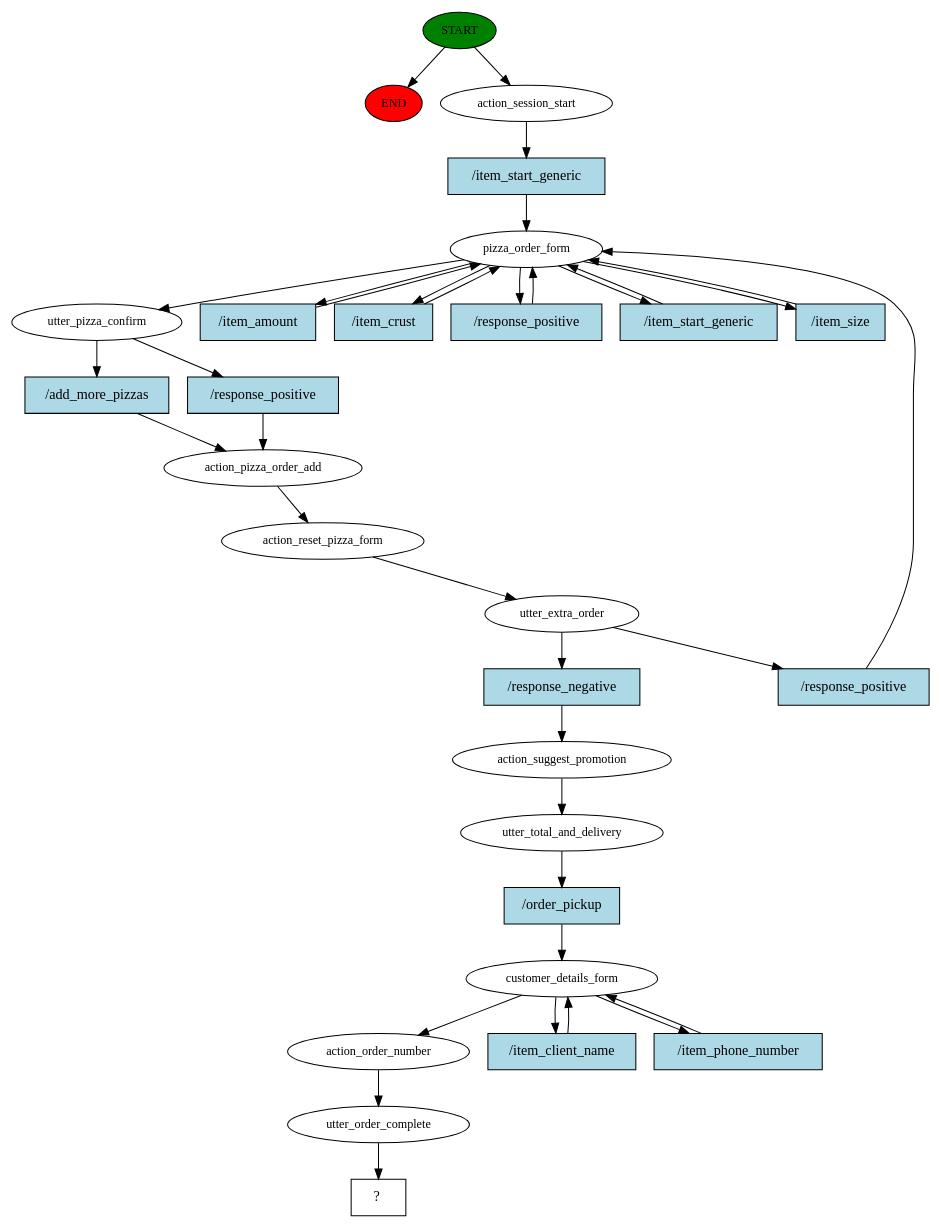
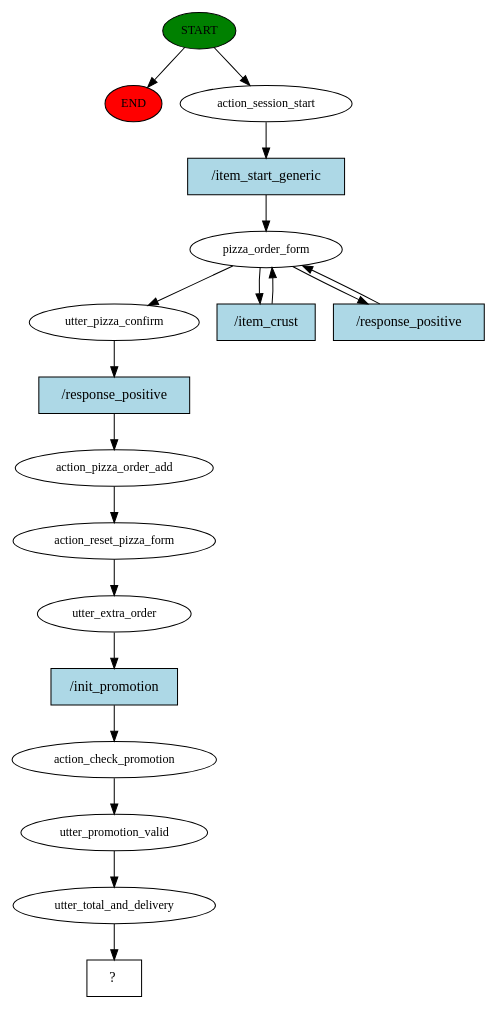
One commit to pasterzewa/HMD-PizzaBot-project changed the diagram in story_graph.dot. Above: the diagram before and after it, drawn with Graphviz. The commit also changed 1209 other files, not shown here.

```diff
--- a/story_graph.dot
+++ b/story_graph.dot
@@ -1,64 +1,37 @@
 digraph  {
 0 [class="start active", fillcolor=green, fontsize=12, label=START, style=filled];
 "-1" [class=end, fillcolor=red, fontsize=12, label=END, style=filled];
 1 [class=active, fontsize=12, label=action_session_start];
 2 [class=active, fontsize=12, label=pizza_order_form];
-6 [class=active, fontsize=12, label=utter_pizza_confirm];
-7 [class=active, fontsize=12, label=action_pizza_order_add];
-8 [class=active, fontsize=12, label=action_reset_pizza_form];
-9 [class=active, fontsize=12, label=utter_extra_order];
-18 [class=active, fontsize=12, label=action_suggest_promotion];
-19 [class=active, fontsize=12, label=utter_total_and_delivery];
-20 [class=active, fontsize=12, label=customer_details_form];
-23 [class=active, fontsize=12, label=action_order_number];
-24 [class=active, fontsize=12, label=utter_order_complete];
-25 [class="intent dashed active", label="  ?  ", shape=rect];
-26 [class="intent active", fillcolor=lightblue, label="/item_start_generic", shape=rect, style=filled];
-27 [class="intent active", fillcolor=lightblue, label="/item_amount", shape=rect, style=filled];
-28 [class="intent active", fillcolor=lightblue, label="/item_crust", shape=rect, style=filled];
-29 [class="intent active", fillcolor=lightblue, label="/response_positive", shape=rect, style=filled];
-30 [class="intent active", fillcolor=lightblue, label="/item_start_generic", shape=rect, style=filled];
-31 [class="intent active", fillcolor=lightblue, label="/item_size", shape=rect, style=filled];
-32 [class="intent active", fillcolor=lightblue, label="/add_more_pizzas", shape=rect, style=filled];
-33 [class="intent active", fillcolor=lightblue, label="/response_positive", shape=rect, style=filled];
-34 [class="intent active", fillcolor=lightblue, label="/response_negative", shape=rect, style=filled];
-35 [class="intent active", fillcolor=lightblue, label="/response_positive", shape=rect, style=filled];
-36 [class="intent active", fillcolor=lightblue, label="/order_pickup", shape=rect, style=filled];
-37 [class="intent active", fillcolor=lightblue, label="/item_client_name", shape=rect, style=filled];
-38 [class="intent active", fillcolor=lightblue, label="/item_phone_number", shape=rect, style=filled];
+5 [class=active, fontsize=12, label=utter_pizza_confirm];
+6 [class=active, fontsize=12, label=action_pizza_order_add];
+7 [class=active, fontsize=12, label=action_reset_pizza_form];
+8 [class=active, fontsize=12, label=utter_extra_order];
+9 [class=active, fontsize=12, label=action_check_promotion];
+10 [class=active, fontsize=12, label=utter_promotion_valid];
+11 [class=active, fontsize=12, label=utter_total_and_delivery];
+12 [class="intent dashed active", label="  ?  ", shape=rect];
+13 [class="intent active", fillcolor=lightblue, label="/item_start_generic", shape=rect, style=filled];
+14 [class="intent active", fillcolor=lightblue, label="/item_crust", shape=rect, style=filled];
+15 [class="intent active", fillcolor=lightblue, label="/response_positive", shape=rect, style=filled];
+16 [class="intent active", fillcolor=lightblue, label="/response_positive", shape=rect, style=filled];
+17 [class="intent active", fillcolor=lightblue, label="/init_promotion", shape=rect, style=filled];
 0 -> "-1"  [class="", key=NONE, label=""];
 0 -> 1  [class=active, key=NONE, label=""];
-1 -> 26  [class=active, key=0];
-2 -> 6  [class=active, key=NONE, label=""];
-2 -> 27  [class=active, key=0];
-2 -> 28  [class=active, key=0];
-2 -> 29  [class=active, key=0];
-2 -> 30  [class=active, key=0];
-2 -> 31  [class=active, key=0];
-6 -> 32  [class=active, key=0];
-6 -> 33  [class=active, key=0];
+1 -> 13  [class=active, key=0];
+2 -> 5  [class=active, key=NONE, label=""];
+2 -> 14  [class=active, key=0];
+2 -> 15  [class=active, key=0];
+5 -> 16  [class=active, key=0];
+6 -> 7  [class=active, key=NONE, label=""];
 7 -> 8  [class=active, key=NONE, label=""];
-8 -> 9  [class=active, key=NONE, label=""];
-9 -> 34  [class=active, key=0];
-9 -> 35  [class=active, key=0];
-18 -> 19  [class=active, key=NONE, label=""];
-19 -> 36  [class=active, key=0];
-20 -> 23  [class=active, key=NONE, label=""];
-20 -> 37  [class=active, key=0];
-20 -> 38  [class=active, key=0];
-23 -> 24  [class=active, key=NONE, label=""];
-24 -> 25  [class=active, key=NONE, label=""];
-26 -> 2  [class=active, key=0];
-27 -> 2  [class=active, key=0];
-28 -> 2  [class=active, key=0];
-29 -> 2  [class=active, key=0];
-30 -> 2  [class=active, key=0];
-31 -> 2  [class=active, key=0];
-32 -> 7  [class=active, key=0];
-33 -> 7  [class=active, key=0];
-34 -> 18  [class=active, key=0];
-35 -> 2  [class=active, key=0];
-36 -> 20  [class=active, key=0];
-37 -> 20  [class=active, key=0];
-38 -> 20  [class=active, key=0];
+8 -> 17  [class=active, key=0];
+9 -> 10  [class=active, key=NONE, label=""];
+10 -> 11  [class=active, key=NONE, label=""];
+11 -> 12  [class=active, key=NONE, label=""];
+13 -> 2  [class=active, key=0];
+14 -> 2  [class=active, key=0];
+15 -> 2  [class=active, key=0];
+16 -> 6  [class=active, key=0];
+17 -> 9  [class=active, key=0];
 }
```
